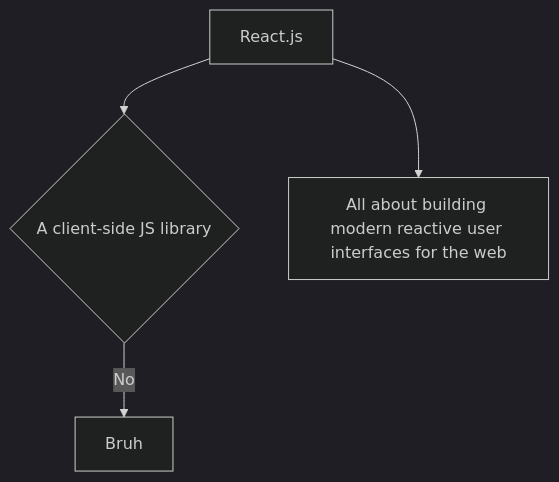
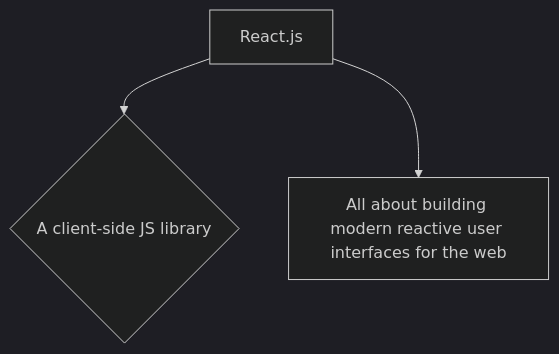
One commit to AriiMe/Functions-challenge changed the diagram in README.md. Above: the diagram before and after it, drawn with Mermaid (dark theme).

````diff
--- a/README.md
+++ b/README.md
@@ -1,6 +1,5 @@
 ```mermaid
 flowchart TD
     A[React.js] --> B{A client-side JS library};
     A --> C[All about building modern reactive user interfaces for the web];
-    B -- No --> D[Bruh];
 ```
````
